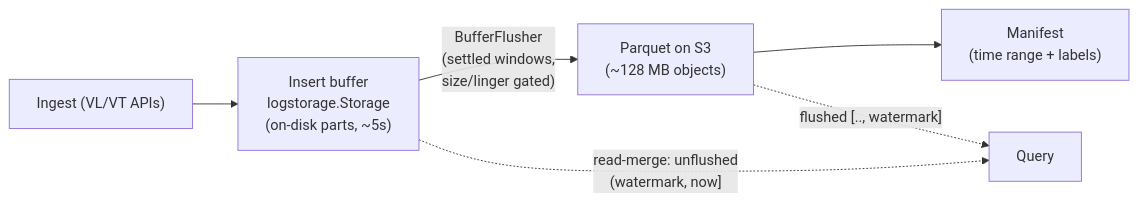
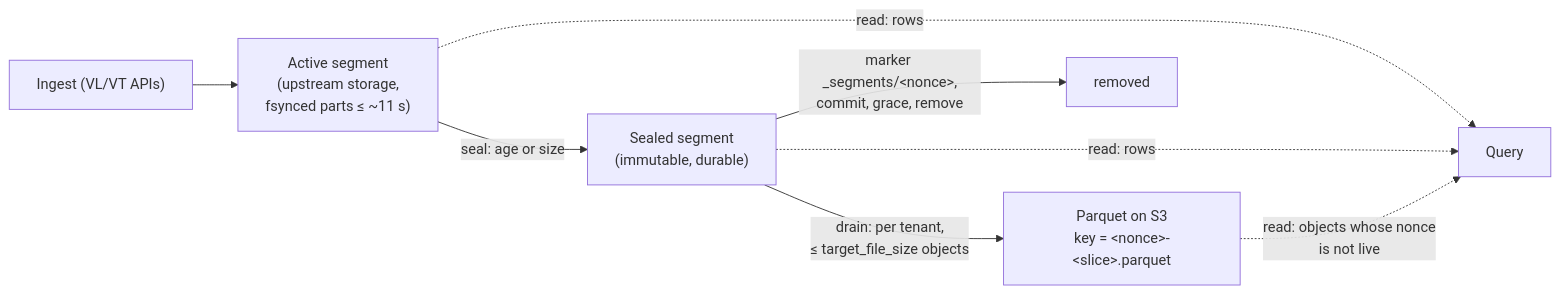
The diagram in docs/durability.md (ReliablyObserve/victoria-lakehouse), drawn with Mermaid before and after one commit. The commit also changed other lines of this file and 297 other files, not shown here.

First line of the commit message:
feat(insert): durable by default — the insert buffer is upstream storage cut by ingest time (both binaries) (#345)

````diff
--- a/docs/durability.md
+++ b/docs/durability.md
@@ -36,8 +42,10 @@
 ```mermaid
 flowchart LR
-    I["Ingest (VL/VT APIs)"] --> B["Insert buffer<br/>logstorage.Storage<br/>(on-disk parts, ~5s)"]
-    B -->|"BufferFlusher<br/>(settled windows,<br/>size/linger gated)"| P["Parquet on S3<br/>(~128 MB objects)"]
-    P --> M["Manifest<br/>(time range + labels)"]
-    B -.->|"read-merge: unflushed<br/>(watermark, now]"| Q["Query"]
-    P -.->|"flushed [.., watermark]"| Q
+    I["Ingest (VL/VT APIs)"] --> A["Active segment<br/>(upstream storage,<br/>fsynced parts ≤ ~11 s)"]
+    A -->|"seal: age or size"| S["Sealed segment<br/>(immutable, durable)"]
+    S -->|"drain: per tenant,<br/>≤ target_file_size objects"| P["Parquet on S3<br/>key = &lt;nonce&gt;-&lt;slice&gt;.parquet"]
+    S -->|"marker _segments/&lt;nonce&gt;,<br/>commit, grace, remove"| X["removed"]
+    A -.->|"read: rows"| Q["Query"]
+    S -.->|"read: rows"| Q
+    P -.->|"read: objects whose nonce<br/>is not live"| Q
 ```
````
